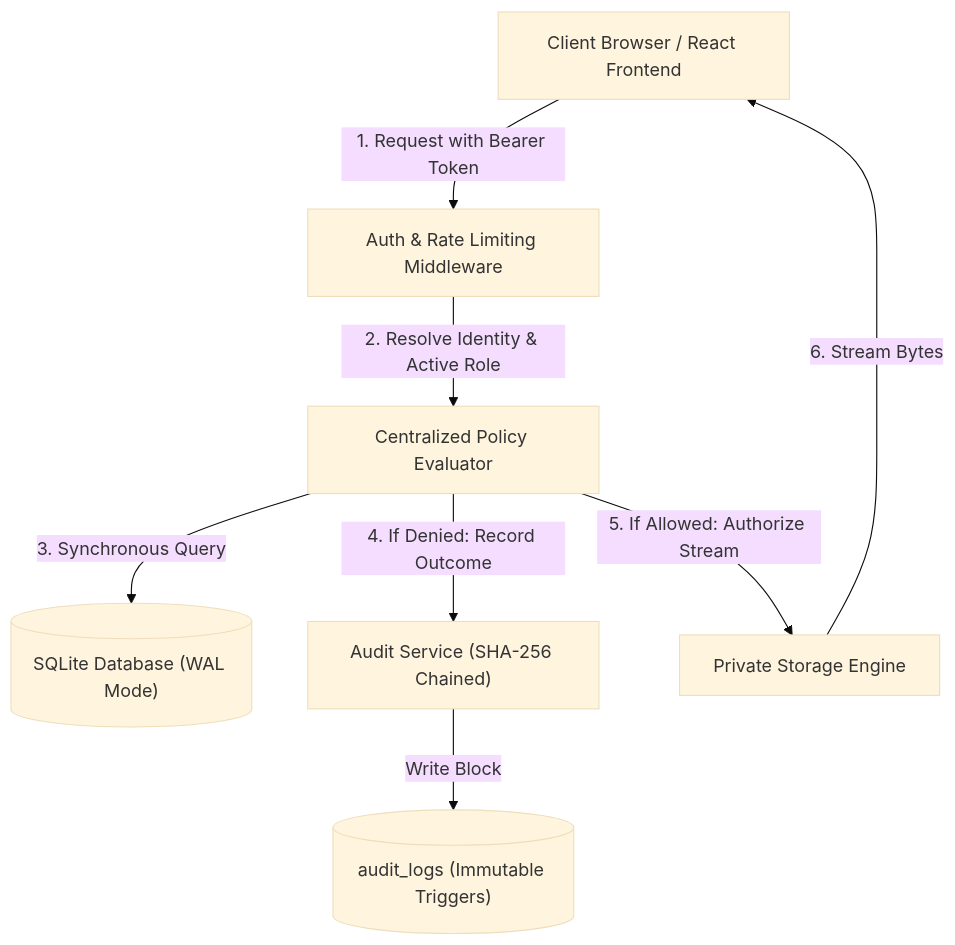
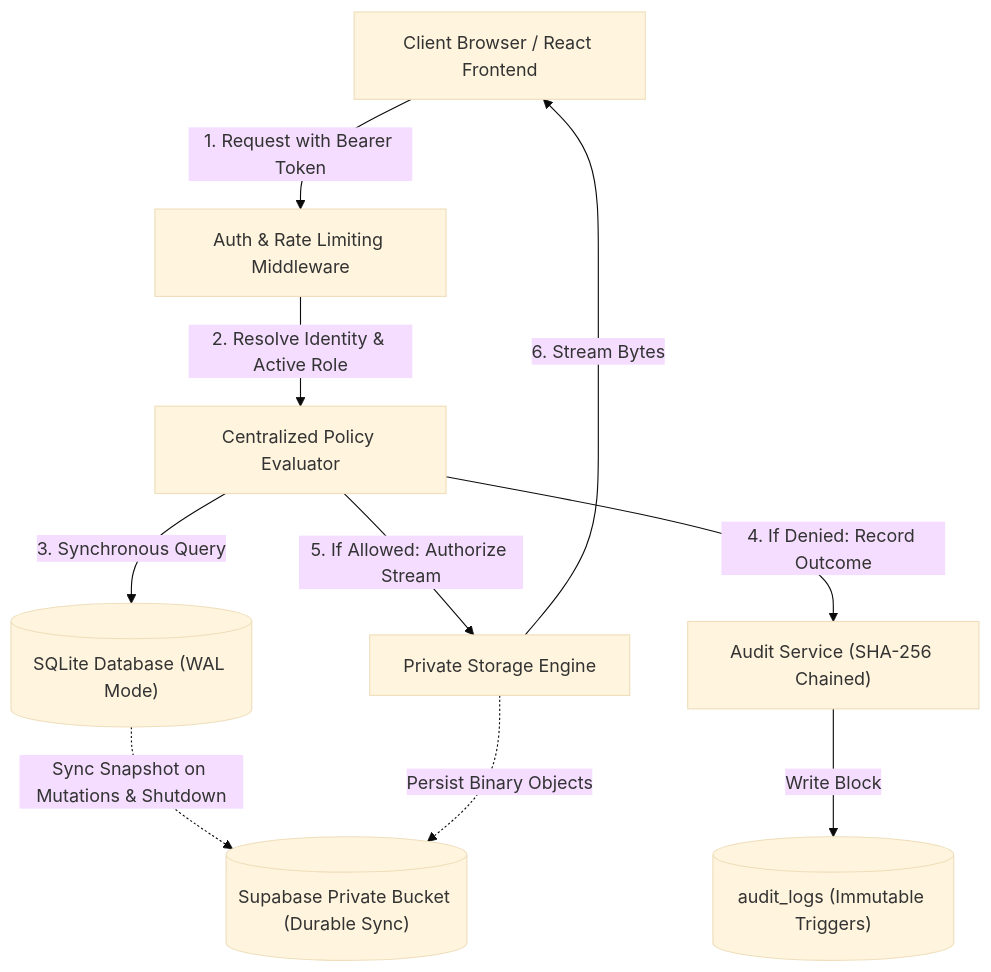
Before and after one commit to vijaychinthalapudi/TrustVault: the diagram in README.md, drawn with Mermaid (base theme). The commit also changed other lines of this file and 15 other files, not shown here.

Commit message:
feat(persistence): implement durable cloud storage sync and non-destructive rehydration for Render

````diff
--- a/README.md
+++ b/README.md
@@ -36,10 +37,12 @@
 ```mermaid
 flowchart TD
     Client["Client Browser / React Frontend"] -->|1. Request with Bearer Token| Middleware["Auth & Rate Limiting Middleware"]
     Middleware -->|2. Resolve Identity & Active Role| PolicyEngine["Centralized Policy Evaluator"]
     PolicyEngine -->|3. Synchronous Query| DB[("SQLite Database (WAL Mode)")]
     PolicyEngine -->|4. If Denied: Record Outcome| AuditService["Audit Service (SHA-256 Chained)"]
     AuditService -->|Write Block| AuditTable[("audit_logs (Immutable Triggers)")]
     PolicyEngine -->|5. If Allowed: Authorize Stream| StorageService["Private Storage Engine"]
     StorageService -->|6. Stream Bytes| Client
+    DB -.->|Sync Snapshot on Mutations & Shutdown| CloudStorage[("Supabase Private Bucket (Durable Sync)")]
+    StorageService -.->|Persist Binary Objects| CloudStorage
 ```
````
